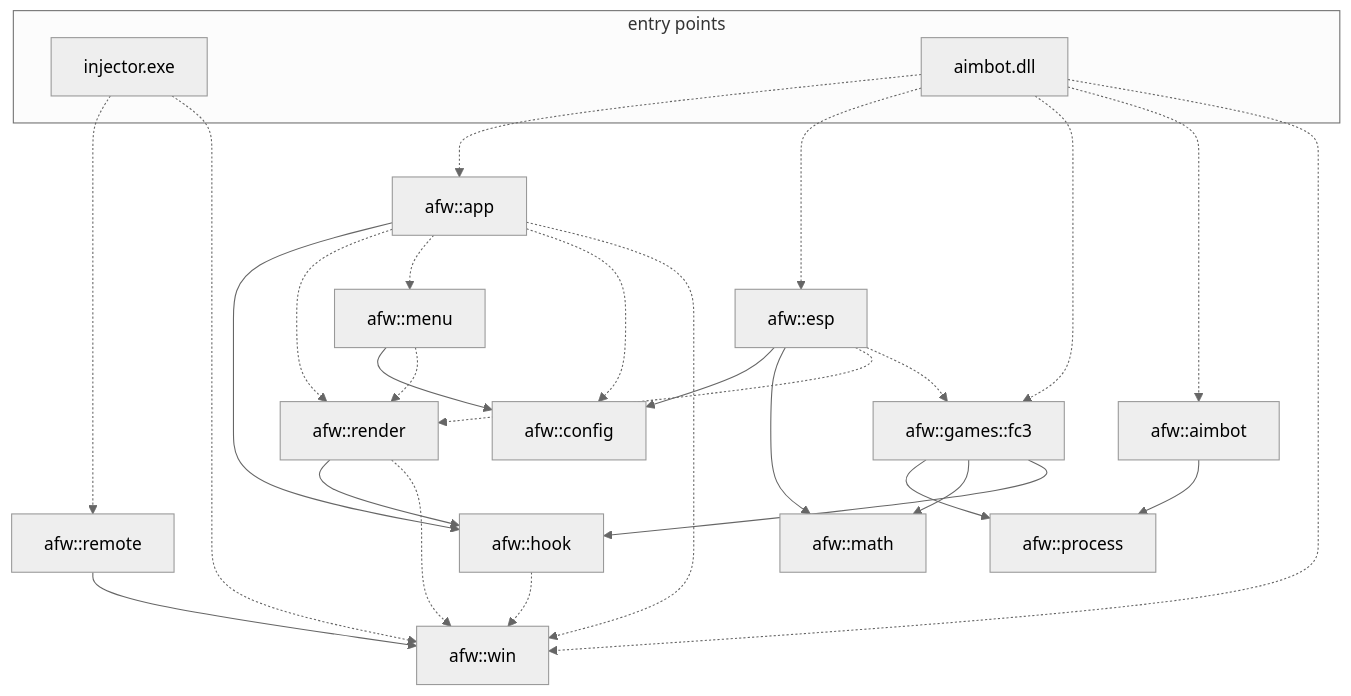
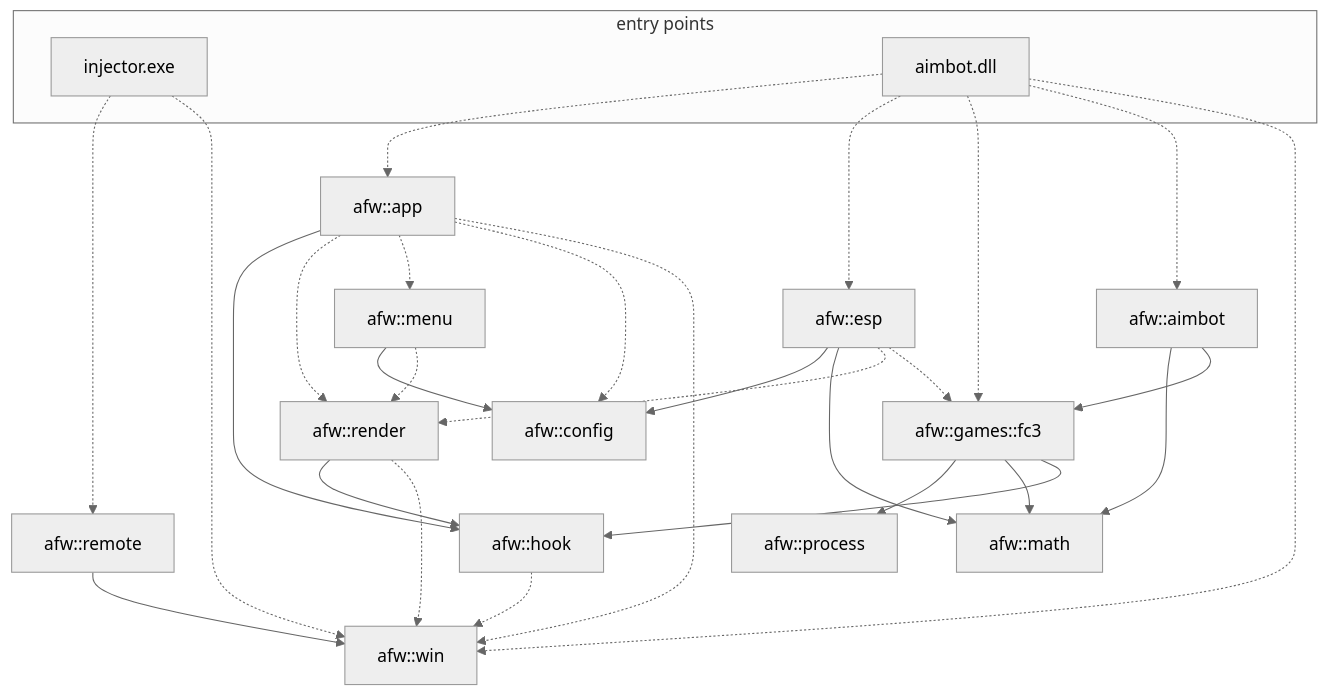
Before and after one commit to kxigor/AimbotFramework: the first of 2 diagrams in README.md, drawn with Mermaid (neutral theme). The commit also changed other lines of this file and 1 other file, not shown here.

````diff
--- a/README.md
+++ b/README.md
@@ -150,35 +190,36 @@
 ```mermaid
 graph TD
   subgraph entry [entry points]
     INJ[injector.exe]
     DLL[aimbot.dll]
   end
 
   DLL -.-> APP[afw::app]
   DLL -.-> ESP[afw::esp]
   DLL -.-> FC3[afw::games::fc3]
   DLL -.-> AIMBOT[afw::aimbot]
   DLL -.-> WIN[afw::win]
   INJ -.-> REMOTE[afw::remote]
   INJ -.-> WIN
 
   APP --> HOOK[afw::hook]
   APP -.-> RENDER[afw::render]
   APP -.-> MENU[afw::menu]
   APP -.-> CONFIG[afw::config]
   APP -.-> WIN
   MENU --> CONFIG
   MENU -.-> RENDER
   ESP --> CONFIG
   ESP --> MATH[afw::math]
   ESP -.-> RENDER
   ESP -.-> FC3
-  AIMBOT --> PROCESS[afw::process]
-  FC3 --> PROCESS
+  AIMBOT --> MATH
+  AIMBOT --> FC3
+  FC3 --> PROCESS[afw::process]
   FC3 --> MATH
   FC3 --> HOOK
   RENDER --> HOOK
   RENDER -.-> WIN
   REMOTE --> WIN
   HOOK -.-> WIN
 ```
````
